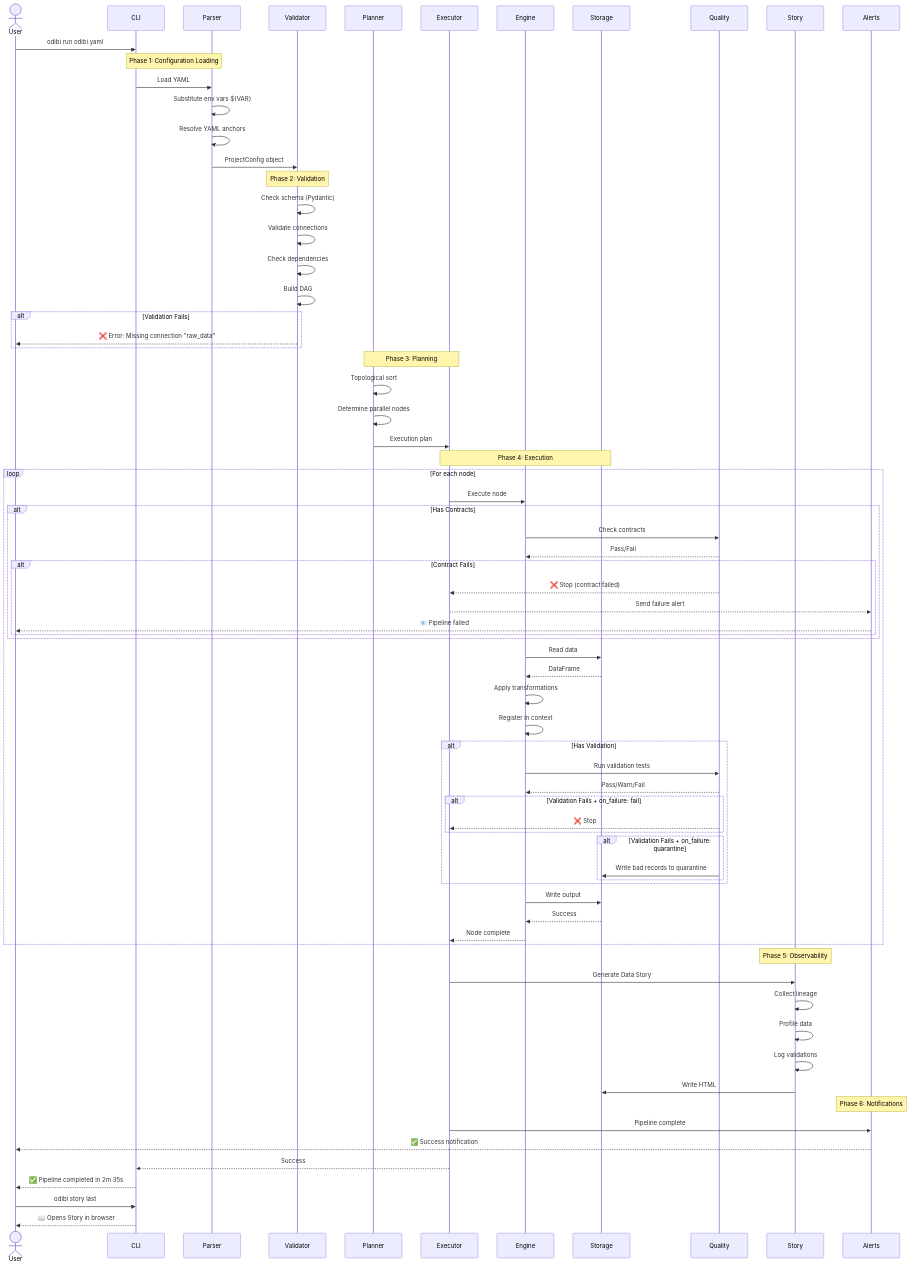
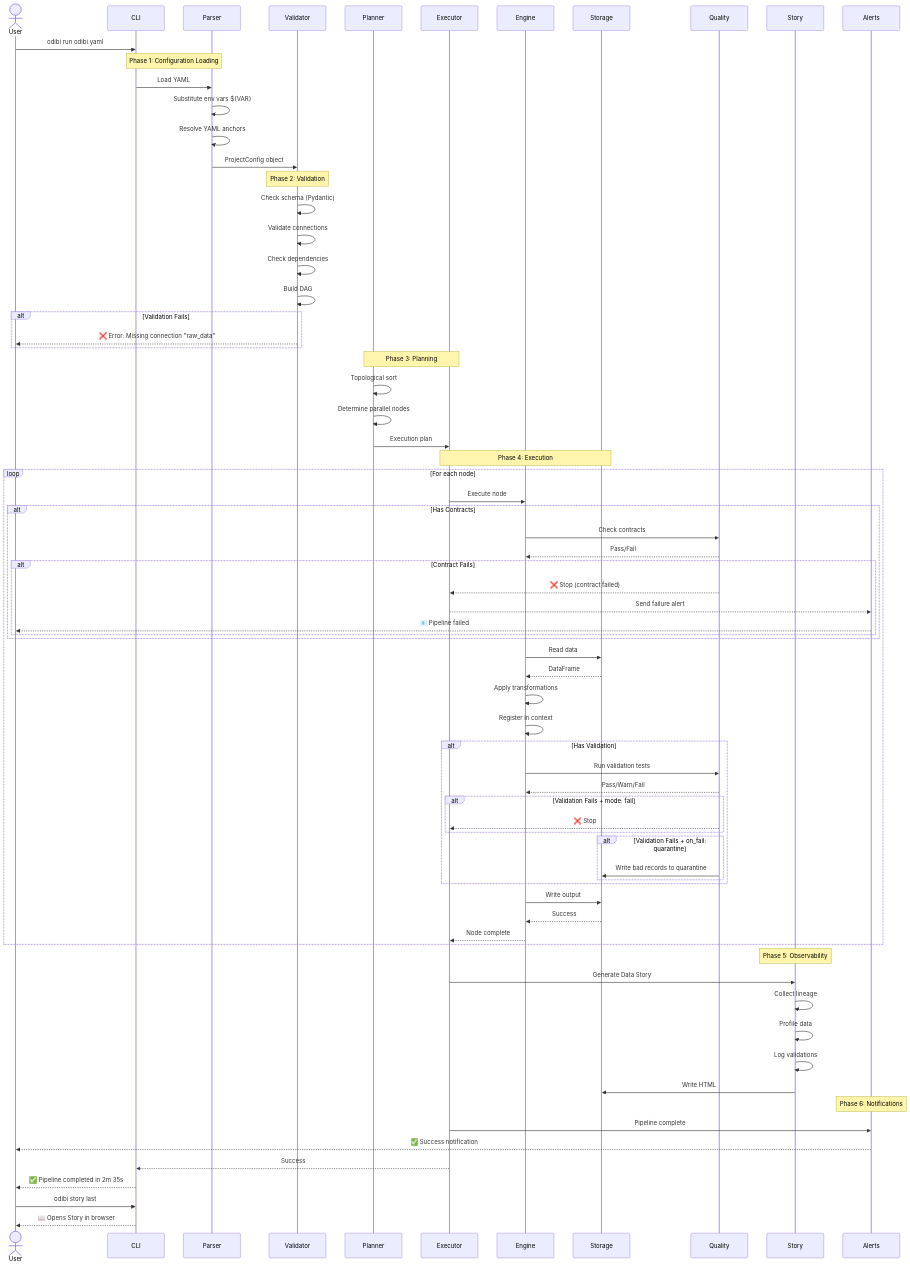
Before and after one commit to henryodibi11/Odibi: the first of 8 diagrams in docs/visuals/run_lifecycle.md, drawn with Mermaid. The commit also changed other lines of this file and 103 other files, not shown here.

```diff
--- a/docs/visuals/run_lifecycle.md
+++ b/docs/visuals/run_lifecycle.md
@@ -67,11 +67,11 @@
             Engine->>Quality: Run validation tests
             Quality-->>Engine: Pass/Warn/Fail
             
-            alt Validation Fails + on_failure: fail
+            alt Validation Fails + mode: fail
                 Quality-->>Executor: ❌ Stop
             end
             
-            alt Validation Fails + on_failure: quarantine
+            alt Validation Fails + on_fail: quarantine
                 Quality->>Storage: Write bad records to quarantine
             end
         end
```
